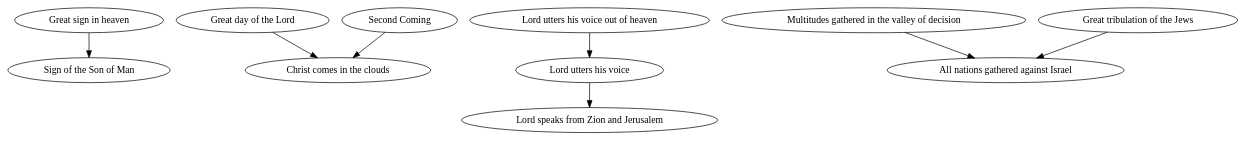
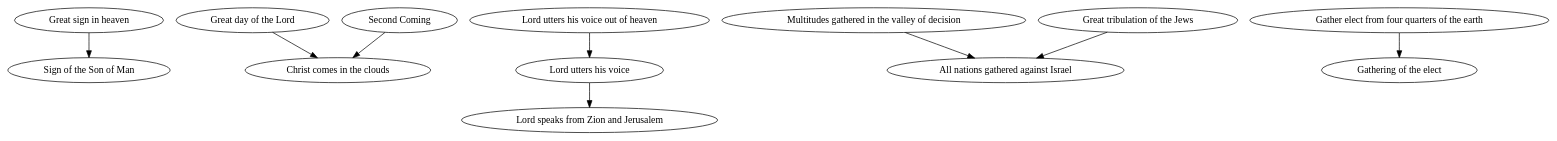
The diagram in synonyms/synonyms.gv (justincy/signs-of-the-second-coming), drawn with Graphviz before and after one commit. The commit also changed 3 other files, not shown here.

```diff
--- a/synonyms/synonyms.gv
+++ b/synonyms/synonyms.gv
@@ -1,33 +1,35 @@
 # List of signs that I believe are synonyms.
 #
 # My reasoning for considering two signs as synonyms
 # is documented elsewhere. This list is used to 
 # programatically simplify the full graph by 
 # collapsing synonyms.
 #
 # In each (a -> b) pair, the sign on the left will
 # be replaced in the graph by the sign on the right.
 
 digraph {
   "Great sign in heaven" -> "Sign of the Son of Man"
 
   # D&C 34:7-8
   "Great day of the Lord" -> "Christ comes in the clouds"
 
   "Second Coming" -> "Christ comes in the clouds"
 
   "Lord utters his voice out of heaven" -> "Lord utters his voice"
   "Lord utters his voice" -> "Lord speaks from Zion and Jerusalem"
 
   "Multitudes gathered in the valley of decision" -> "All nations gathered against Israel"
 
   # D&C 84:2
   # "Christ visits New Jerusalem" doesn't exist in the graph so the script blows up.
   # I just want to rename it, because "Christ visits New Jerusalem" is easier to
   # understand than "Christ stands on Mount Zion". Not everyone knows what
   # Mount Zion is, and they may confuse it with the prophecy about Christ standing
   # on the Mount of Olives.
   # "Christ stands on Mount Zion" -> "Christ visits New Jerusalem"
 
   "Great tribulation of the Jews" -> "All nations gathered against Israel"
+
+  "Gather elect from four quarters of the earth" -> "Gathering of the elect"
 }
```
